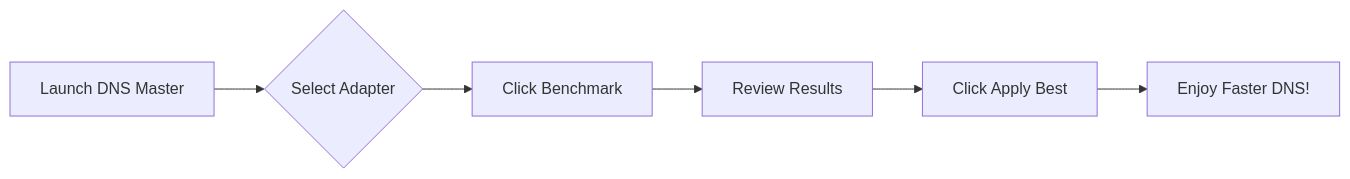
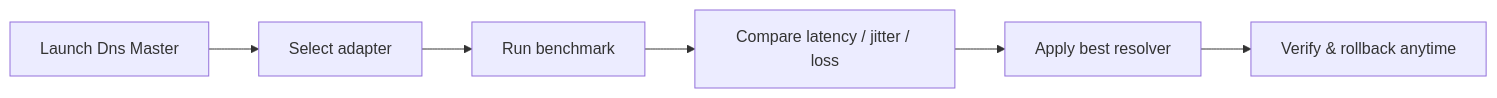
The diagram in README.md (alrzfrscn/Dns-Master), drawn with Mermaid before and after one commit. The commit also changed other lines of this file and 7 other files, not shown here.

````diff
--- a/README.md
+++ b/README.md
@@ -121,8 +80,8 @@
 ```mermaid
 flowchart LR
-    A[Launch DNS Master] --> B{Select Adapter}
-    B --> C[Click Benchmark]
-    C --> D[Review Results]
-    D --> E[Click Apply Best]
-    E --> F[Enjoy Faster DNS!]
+    A[Launch Dns Master] --> B[Select adapter]
+    B --> C[Run benchmark]
+    C --> D[Compare latency / jitter / loss]
+    D --> E[Apply best resolver]
+    E --> F[Verify & rollback anytime]
 ```
````
